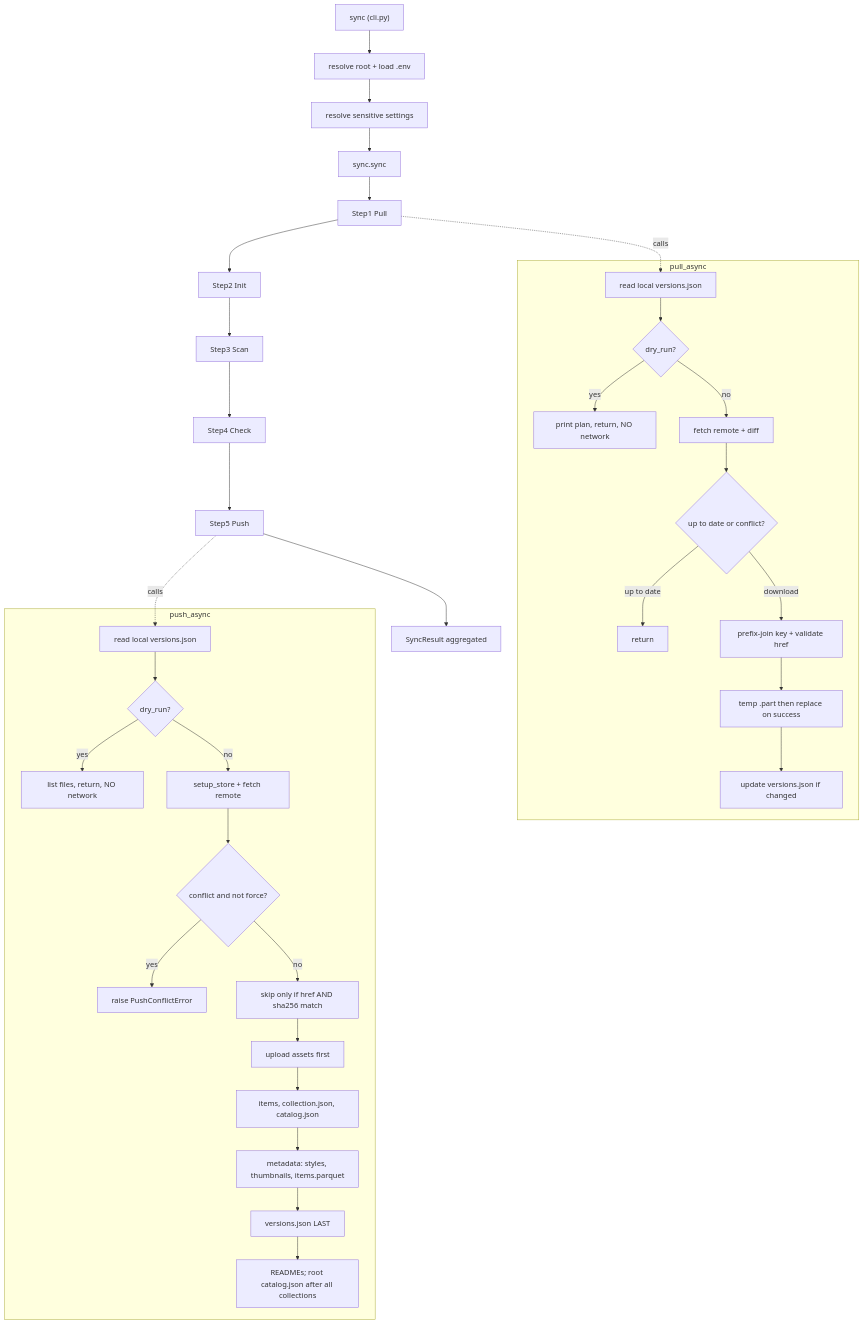
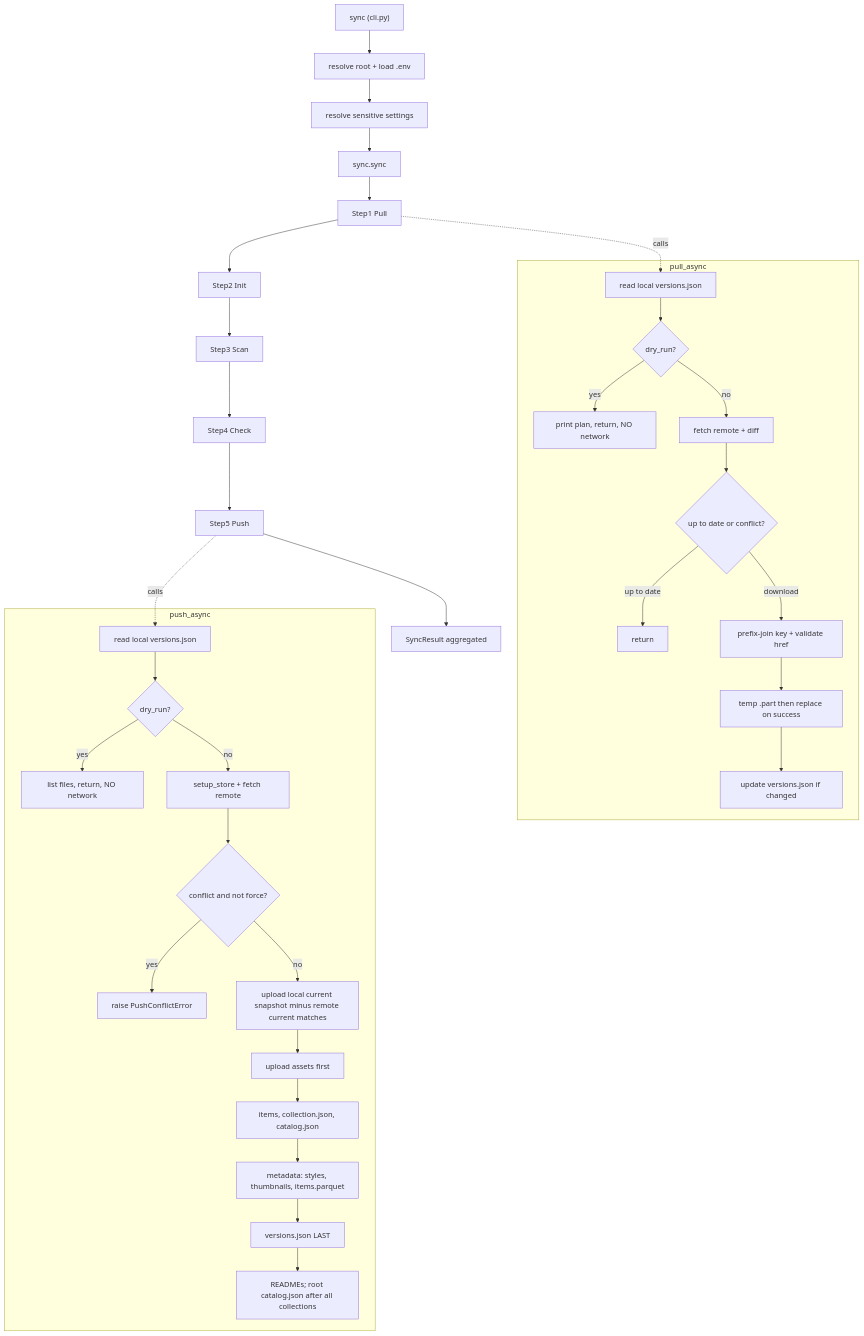
Before and after one commit to portolan-sdi/portolan-cli: the diagram in .claude/rules/sync.md, drawn with Mermaid. The commit also changed other lines of this file and 6 other files, not shown here.

First line of the commit message:
fix(push): upload the local current snapshot

````diff
--- a/.claude/rules/sync.md
+++ b/.claude/rules/sync.md
@@ -26,37 +26,37 @@
 ```mermaid
 flowchart TD
     A["sync (cli.py)"] --> B[resolve root + load .env]
     B --> C[resolve sensitive settings]
     C --> D["sync.sync"]
     D --> E[Step1 Pull]
     E --> F[Step2 Init]
     F --> G[Step3 Scan]
     G --> H[Step4 Check]
     H --> I[Step5 Push]
     E -.calls.-> P0
     I -.calls.-> PA
     subgraph PULL["pull_async"]
         P0[read local versions.json] --> P1{dry_run?}
         P1 -->|yes| P2[print plan, return, NO network]
         P1 -->|no| P3[fetch remote + diff]
         P3 --> P4{up to date or conflict?}
         P4 -->|up to date| P5[return]
         P4 -->|download| P6[prefix-join key + validate href]
         P6 --> P7[temp .part then replace on success]
         P7 --> P8[update versions.json if changed]
     end
     subgraph PUSH["push_async"]
         PA[read local versions.json] --> PB{dry_run?}
         PB -->|yes| PC[list files, return, NO network]
         PB -->|no| PD[setup_store + fetch remote]
         PD --> PE{conflict and not force?}
         PE -->|yes| PF[raise PushConflictError]
-        PE -->|no| PG[skip only if href AND sha256 match]
+        PE -->|no| PG[upload local current snapshot minus remote current matches]
         PG --> PH[upload assets first]
         PH --> PI[items, collection.json, catalog.json]
         PI --> PJ[metadata: styles, thumbnails, items.parquet]
         PJ --> PK[versions.json LAST]
         PK --> PL[READMEs; root catalog.json after all collections]
     end
     I --> Z[SyncResult aggregated]
 ```
````
